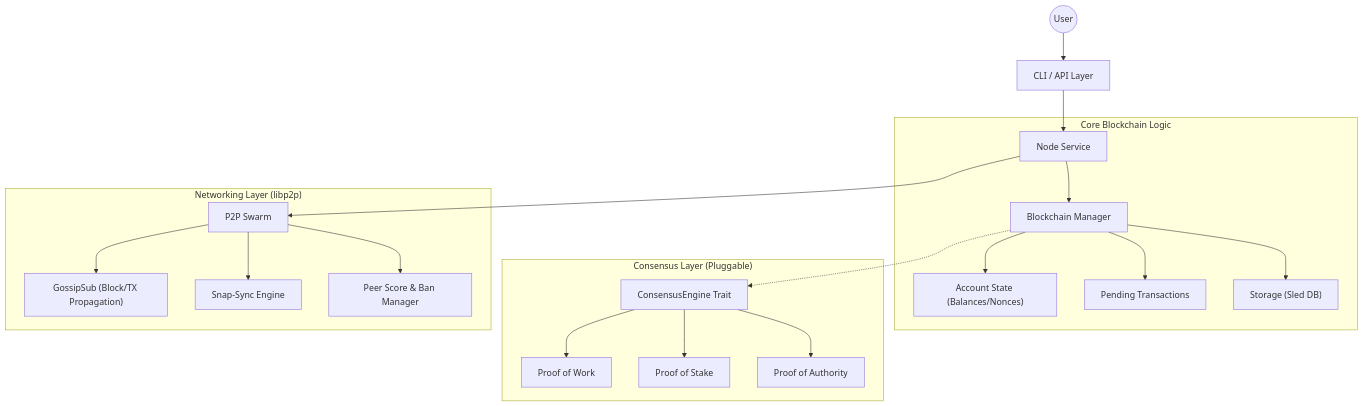
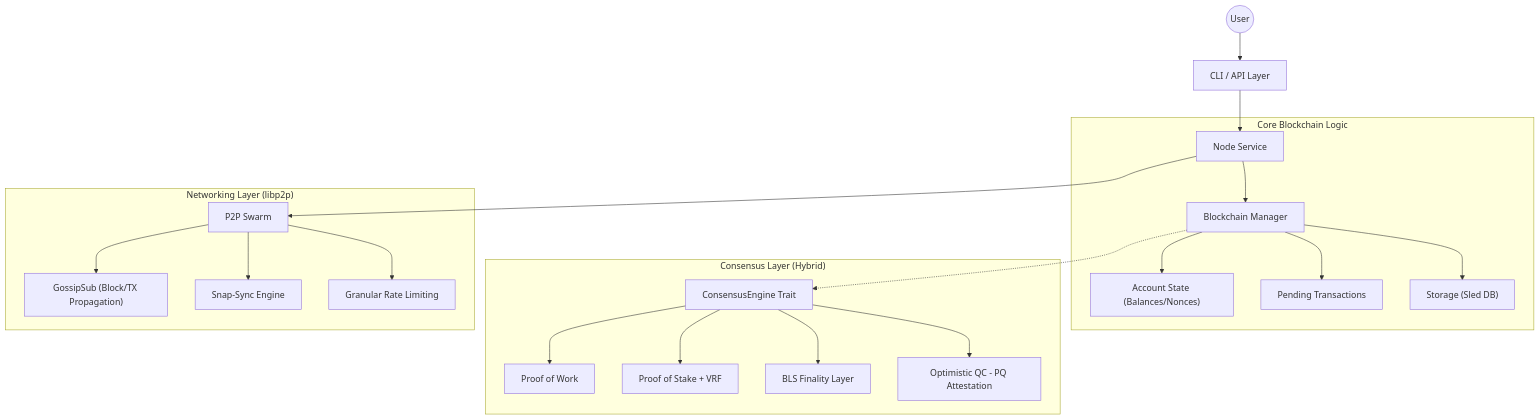
The diagram in README.md (Radeonares32/blockhain-core), drawn with Mermaid before and after one commit. The commit also changed other lines of this file and 38 other files, not shown here.

Commit message:
feat: implement mainnet hardening phase 2 with VRF, BLS finality, and optimistic PQ-QC attestations

````diff
--- a/README.md
+++ b/README.md
@@ -30,26 +30,27 @@
 ```mermaid
 graph TD
     User((User)) --> CLI[CLI / API Layer]
     CLI --> Node[Node Service]
     
     subgraph "Core Blockchain Logic"
         Node --> Chain[Blockchain Manager]
         Chain --> State["Account State (Balances/Nonces)"]
         Chain --> Mempool[Pending Transactions]
         Chain --> Store["Storage (Sled DB)"]
     end
 
-    subgraph "Consensus Layer (Pluggable)"
+    subgraph "Consensus Layer (Hybrid)"
         Chain -.-> Engine[ConsensusEngine Trait]
         Engine --> PoW[Proof of Work]
-        Engine --> PoS[Proof of Stake]
-        Engine --> PoA[Proof of Authority]
+        Engine --> PoS[Proof of Stake + VRF]
+        Engine --> Finality[BLS Finality Layer]
+        Engine --> QC[Optimistic QC - PQ Attestation]
     end
 
     subgraph "Networking Layer (libp2p)"
         Node --> Swarm[P2P Swarm]
         Swarm --> Gossip["GossipSub (Block/TX Propagation)"]
         Swarm --> Sync["Snap-Sync Engine"]
-        Swarm --> PeerMgr[Peer Score & Ban Manager]
+        Swarm --> PeerMgr[Granular Rate Limiting]
     end
 ```
````
